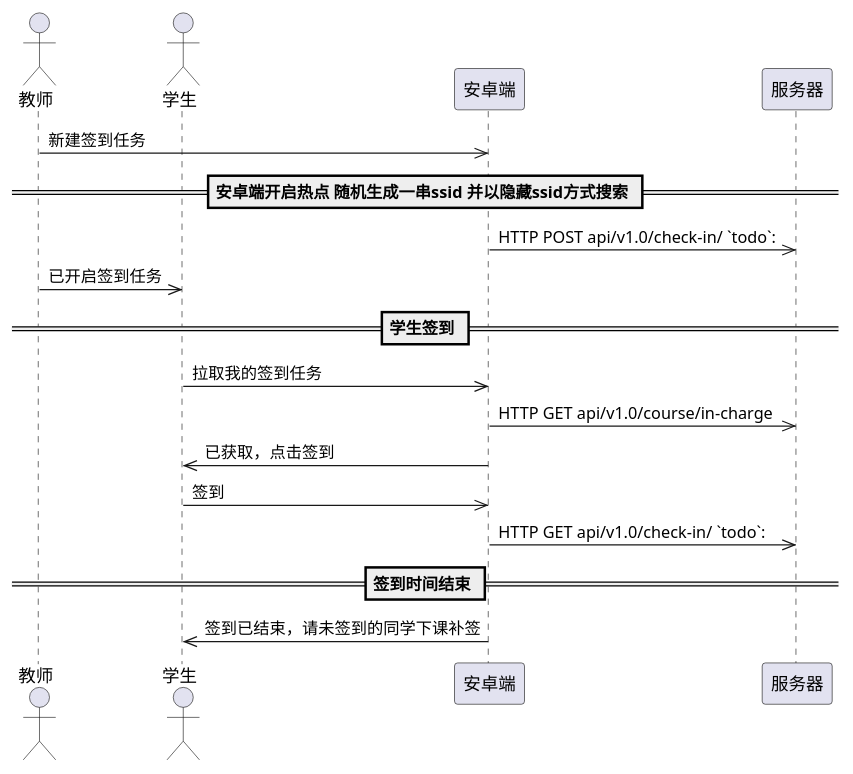
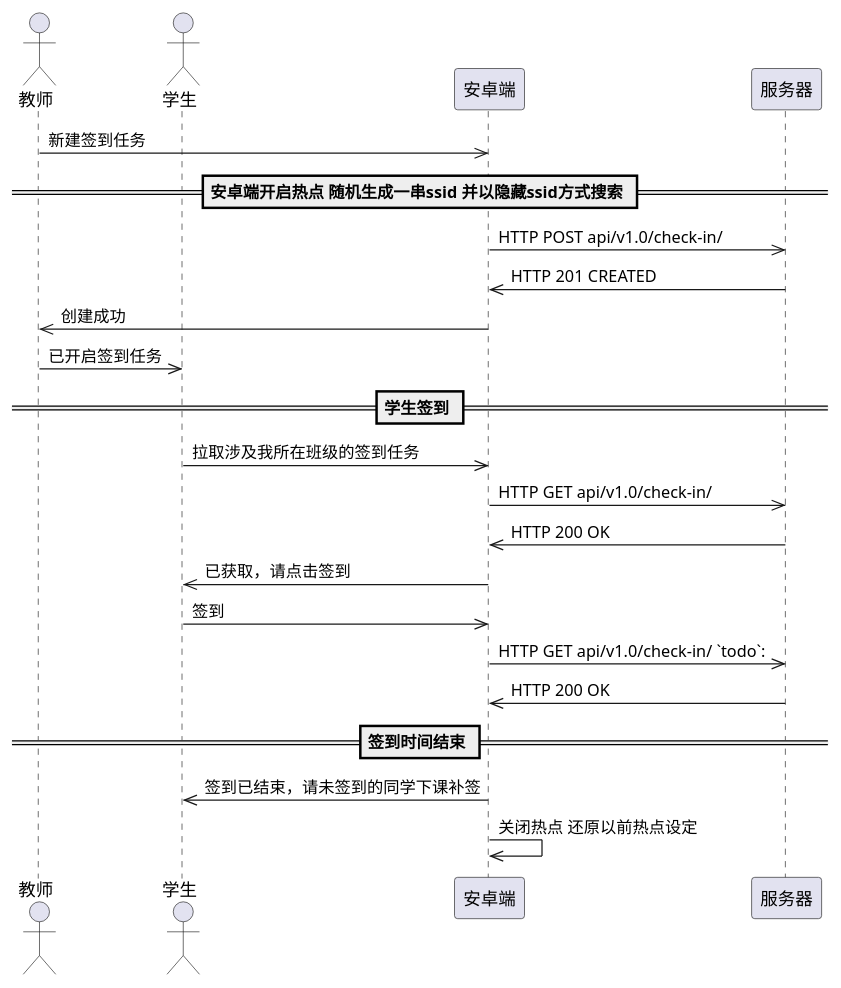
The diagram in doc/source/api/check_in.rst (bllli/tsxyAssistant), drawn with PlantUML before and after one commit. The commit also changed other lines of this file and 4 other files, not shown here.

```diff
--- a/doc/source/api/check_in.rst
+++ b/doc/source/api/check_in.rst
@@ -16,20 +16,25 @@
 .. uml::
 
     @startuml
 
     actor "教师"
     actor "学生"
     "教师"->>"安卓端": 新建签到任务
     == 安卓端开启热点 随机生成一串ssid 并以隐藏ssid方式搜索 ==
-    "安卓端"->>"服务器": HTTP POST api/v1.0/check-in/ `todo`:
+    "安卓端"->>"服务器": HTTP POST api/v1.0/check-in/
+    "服务器"->>"安卓端": HTTP 201 CREATED
+    "安卓端"->>"教师": 创建成功
     "教师"->>"学生": 已开启签到任务
     == 学生签到 ==
-    "学生"->>"安卓端": 拉取我的签到任务
-    "安卓端"->>"服务器": HTTP GET api/v1.0/course/in-charge
-    "安卓端"->>"学生": 已获取，点击签到
+    "学生"->>"安卓端": 拉取涉及我所在班级的签到任务
+    "安卓端"->>"服务器": HTTP GET api/v1.0/check-in/
+    "服务器"->>"安卓端": HTTP 200 OK
+    "安卓端"->>"学生": 已获取，请点击签到
     "学生"->>"安卓端": 签到
     "安卓端"->>"服务器": HTTP GET api/v1.0/check-in/ `todo`:
+    "服务器"->>"安卓端": HTTP 200 OK
     == 签到时间结束 ==
     "安卓端"->>"学生": 签到已结束，请未签到的同学下课补签
+    "安卓端"->>"安卓端": 关闭热点 还原以前热点设定
 
     @enduml
```
